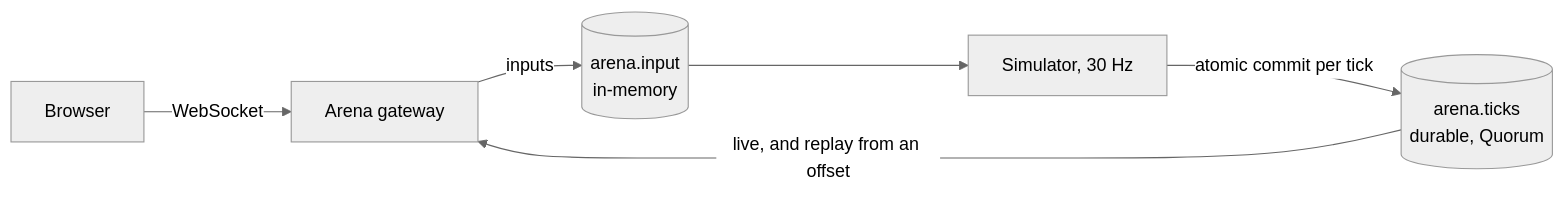
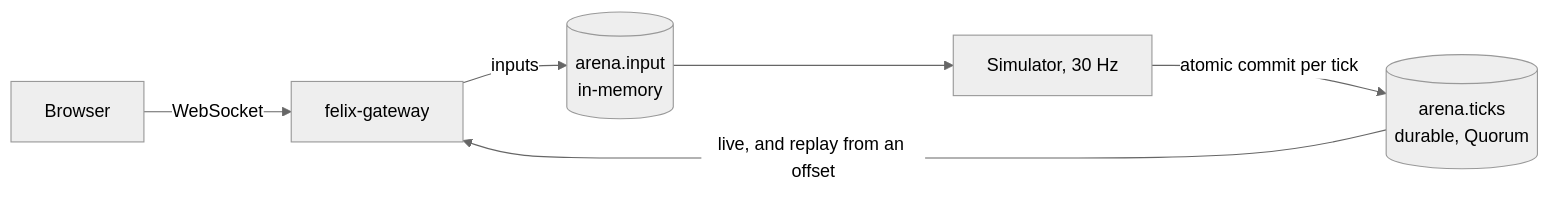
The diagram in docs-site/src/content/docs/built-on-felix/arena.md (GetFelix/felix), drawn with Mermaid (neutral theme) before and after one commit. The commit also changed other lines of this file and 1 other file, not shown here.

First line of the commit message:
docs: describe felix-arena as playable

````diff
--- a/docs-site/src/content/docs/built-on-felix/arena.md
+++ b/docs-site/src/content/docs/built-on-felix/arena.md
@@ -63,8 +67,8 @@
 ```mermaid
 flowchart LR
-  B["Browser"] -- "WebSocket" --> G["Arena gateway"]
+  B["Browser"] -- "WebSocket" --> G["felix-gateway"]
   G -- "inputs" --> IN[("arena.input<br/>in-memory")]
   IN --> SIM["Simulator, 30 Hz"]
   SIM -- "atomic commit per tick" --> T[("arena.ticks<br/>durable, Quorum")]
   T -- "live, and replay from an offset" --> G
 ```
````
